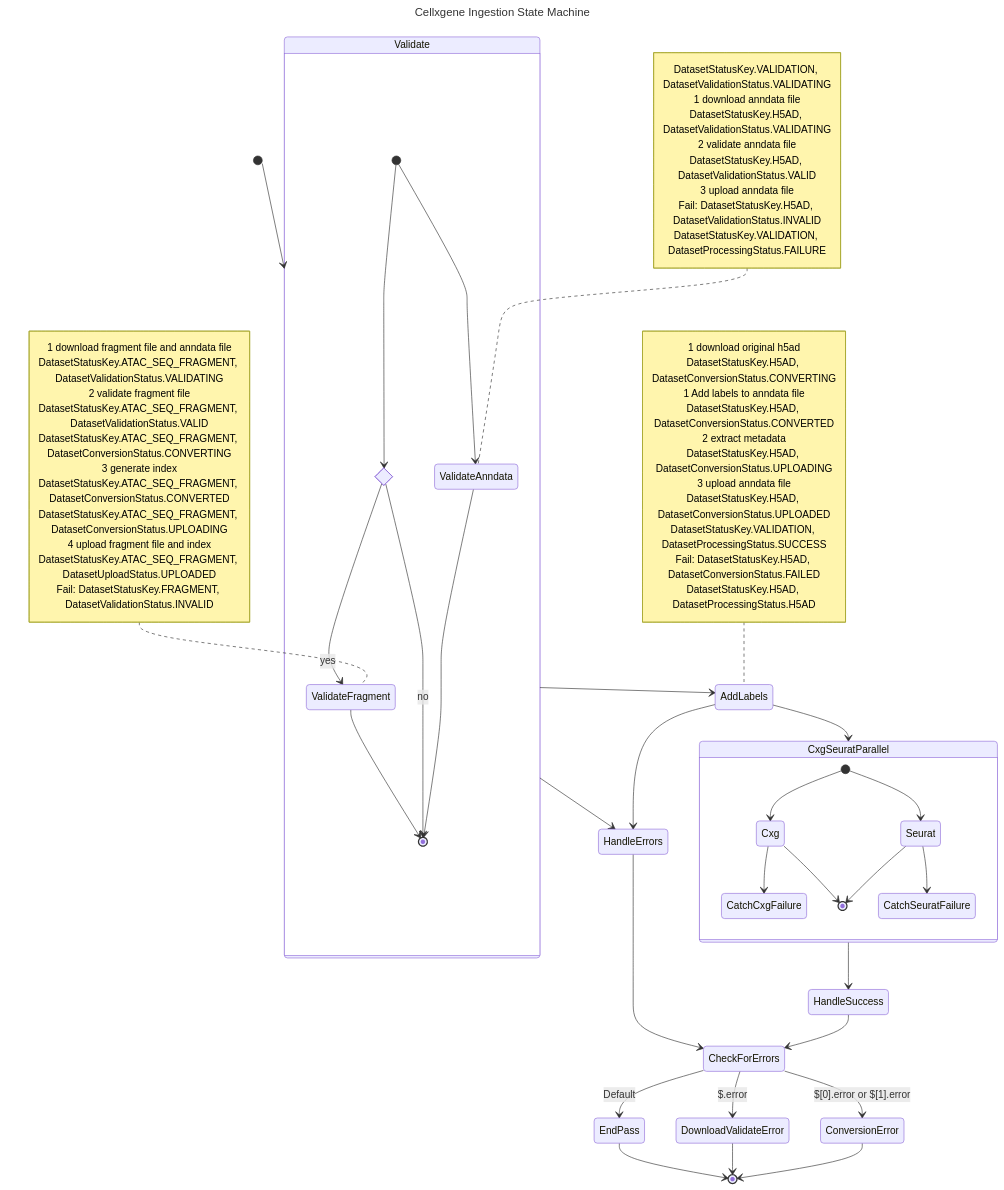
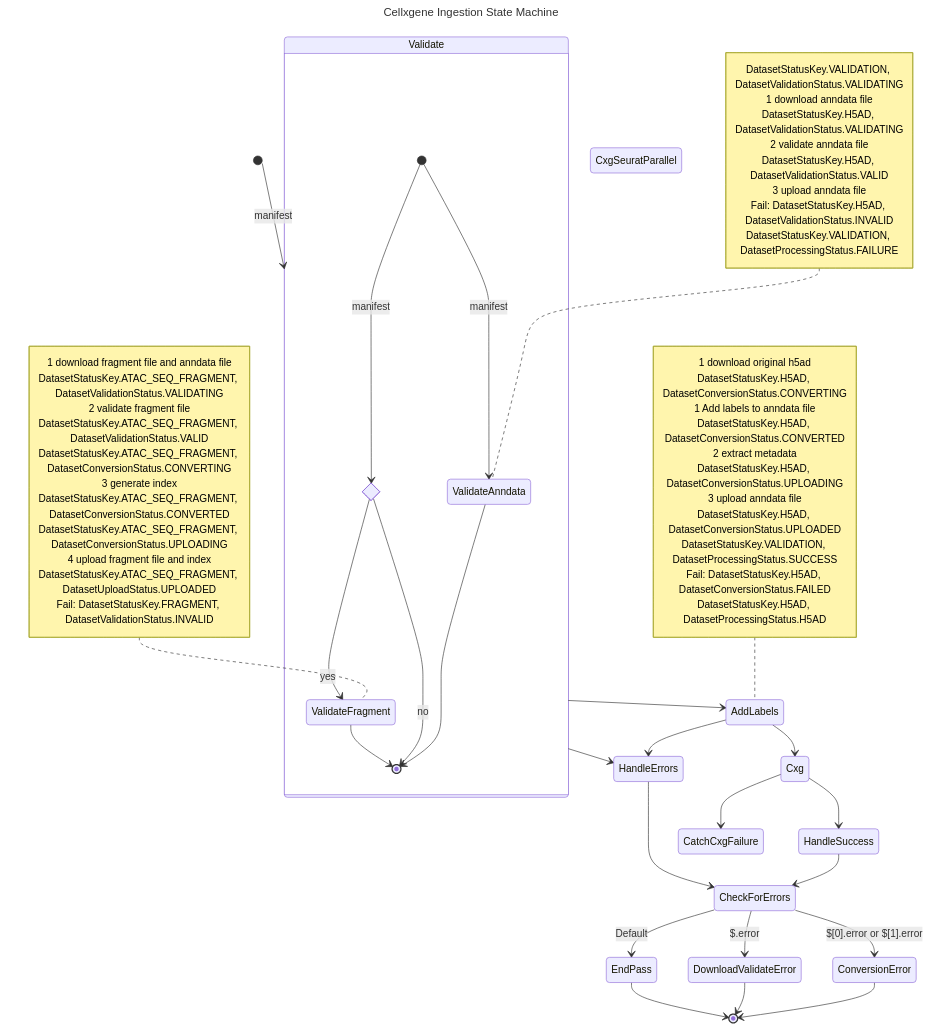
The diagram in .happy/terraform/modules/sfn/readme.md (chanzuckerberg/single-cell-data-portal), drawn with Mermaid before and after one commit.

Commit message:
diagram of ingest workflow

```diff
--- a/.happy/terraform/modules/sfn/readme.md
+++ b/.happy/terraform/modules/sfn/readme.md
@@ -53,31 +53,22 @@
     DownloadValidateError: DownloadValidateError
     EndPass: EndPass
     Cxg: Cxg
-    Seurat: Seurat
     CatchCxgFailure: CatchCxgFailure
-    CatchSeuratFailure: CatchSeuratFailure
 
-    [*] --> Validate
+    [*] --> Validate: manifest
     state Validate {
-        [*] --> ValidateAnndata
+        [*] --> ValidateAnndata: manifest
         ValidateAnndata --> [*]
         state hasFragment <<choice>>
-        [*] --> hasFragment
+        [*] --> hasFragment: manifest
         hasFragment --> ValidateFragment: yes
         hasFragment --> [*]: no
         ValidateFragment --> [*]
     }
     Validate --> AddLabels
-    AddLabels --> CxgSeuratParallel
-    state CxgSeuratParallel {
-        [*] --> Cxg
-        Cxg --> CatchCxgFailure
-        Cxg --> [*]
-        [*] --> Seurat
-        Seurat --> CatchSeuratFailure
-        Seurat --> [*]
-    }
-    CxgSeuratParallel --> HandleSuccess
+    AddLabels --> Cxg
+    Cxg --> CatchCxgFailure
+    Cxg --> HandleSuccess
     HandleSuccess --> CheckForErrors
     CheckForErrors --> DownloadValidateError: $.error
     CheckForErrors --> ConversionError: $[0].error or $[1].error
```
